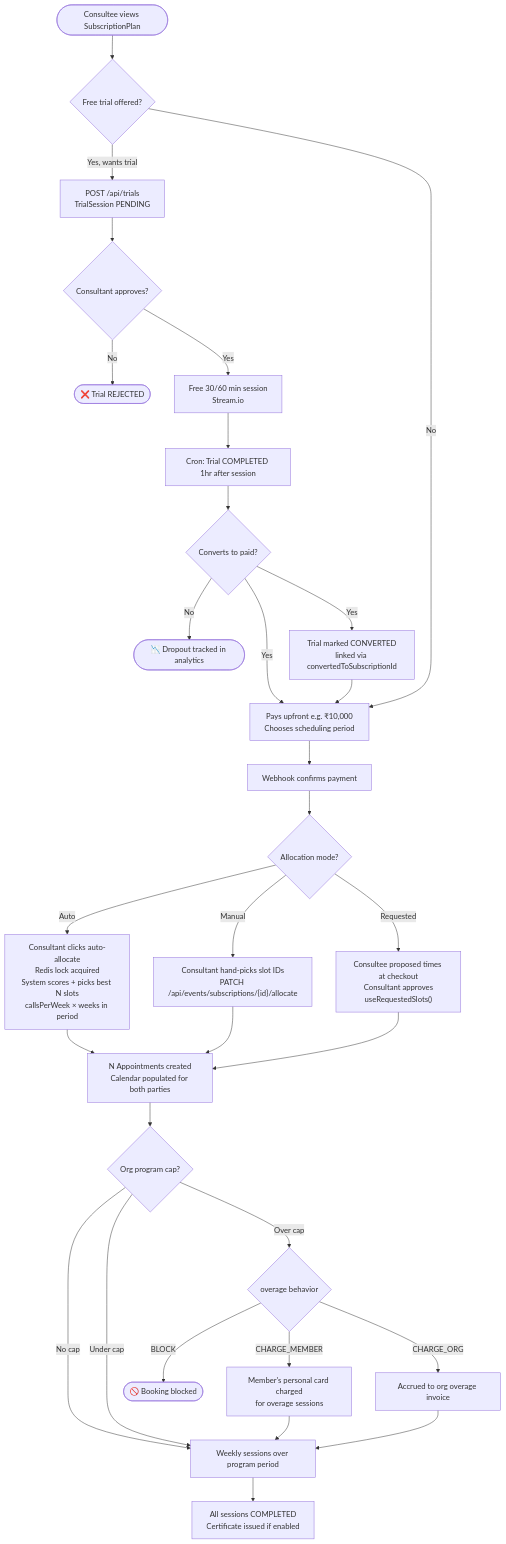
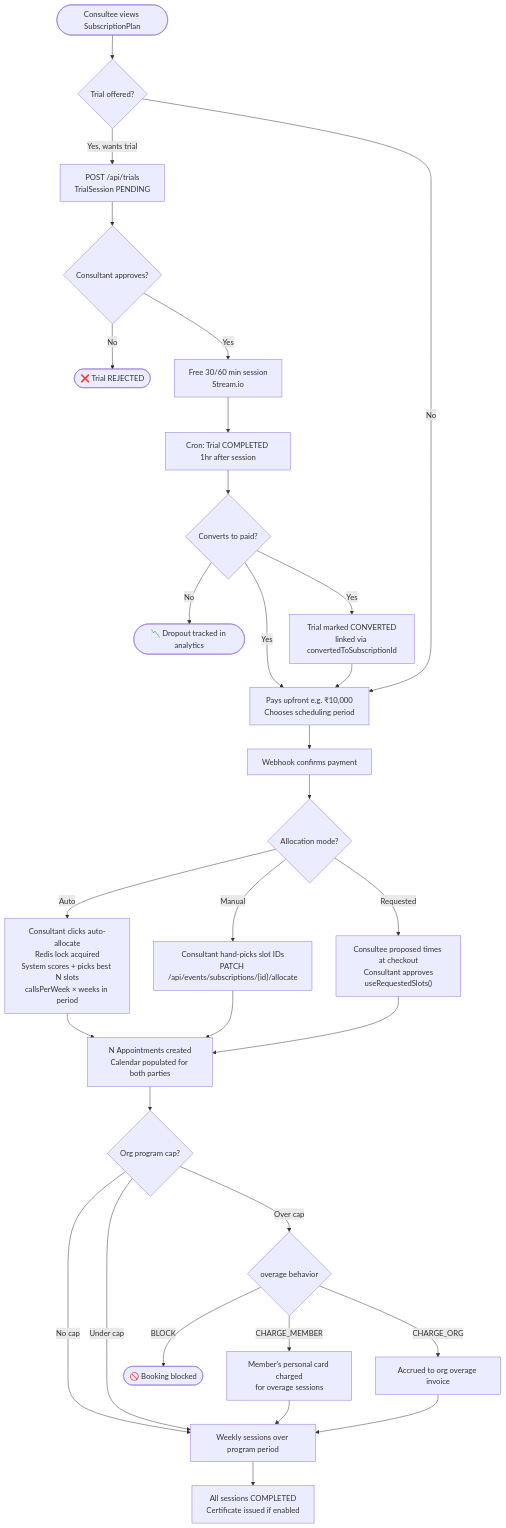
One commit to Practitionist/familiarise_web changed the ninth of 19 diagrams in docs/architecture/product-flow-map.md. Above: the diagram before and after it, drawn with Mermaid. The commit also changed other lines of this file and 5 other files, not shown here.

First line of the commit message:
refactor(trials): neutralize the last free-trial copy in explore UI + docs

````diff
--- a/docs/architecture/product-flow-map.md
+++ b/docs/architecture/product-flow-map.md
@@ -262,39 +262,39 @@
 ```mermaid
 flowchart TD
-    SubEntry([Consultee views SubscriptionPlan]) --> TrialCheck{Free trial offered?}
+    SubEntry([Consultee views SubscriptionPlan]) --> TrialCheck{Trial offered?}
 
     TrialCheck -- Yes, wants trial --> TrialReq["POST /api/trials\nTrialSession PENDING"]
     TrialReq --> ConsApproves{Consultant approves?}
     ConsApproves -- No --> TrialRejected(["❌ Trial REJECTED"])
     ConsApproves -- Yes --> TrialSession["Free 30/60 min session\nStream.io"]
     TrialSession --> TrialCron["Cron: Trial COMPLETED 1hr after session"]
     TrialCron --> Converts{Converts to paid?}
     Converts -- No --> Dropout(["📉 Dropout tracked in analytics"])
     Converts -- Yes --> DirectSub
     TrialCheck -- No --> DirectSub
 
     DirectSub["Pays upfront e.g. ₹10,000\nChooses scheduling period"] --> PayConfirm["Webhook confirms payment"]
     PayConfirm --> AllocMode{Allocation mode?}
 
     AllocMode -- Auto --> AutoAlloc["Consultant clicks auto-allocate\nRedis lock acquired\nSystem scores + picks best N slots\ncallsPerWeek × weeks in period"]
     AllocMode -- Manual --> ManualAlloc["Consultant hand-picks slot IDs\nPATCH /api/events/subscriptions/{id}/allocate"]
     AllocMode -- Requested --> ReqSlots["Consultee proposed times at checkout\nConsultant approves\nuseRequestedSlots()"]
 
     AutoAlloc --> SlotsCreated["N Appointments created\nCalendar populated for both parties"]
     ManualAlloc --> SlotsCreated
     ReqSlots --> SlotsCreated
 
     SlotsCreated --> OrgCapCheck{Org program cap?}
     OrgCapCheck -- No cap --> Sessions
     OrgCapCheck -- Under cap --> Sessions["Weekly sessions over program period"]
     OrgCapCheck -- Over cap --> OverageBehavior{overage behavior}
     OverageBehavior -- BLOCK --> Blocked(["🚫 Booking blocked"])
     OverageBehavior -- CHARGE_MEMBER --> MemberPays["Member's personal card charged\nfor overage sessions"]
     OverageBehavior -- CHARGE_ORG --> OrgCharged["Accrued to org overage invoice"]
     MemberPays --> Sessions
     OrgCharged --> Sessions
 
     Sessions --> AllComplete["All sessions COMPLETED\nCertificate issued if enabled"]
     Converts -- Yes --> ConvertMark["Trial marked CONVERTED\nlinked via convertedToSubscriptionId"]
     ConvertMark --> DirectSub
 ```
````
